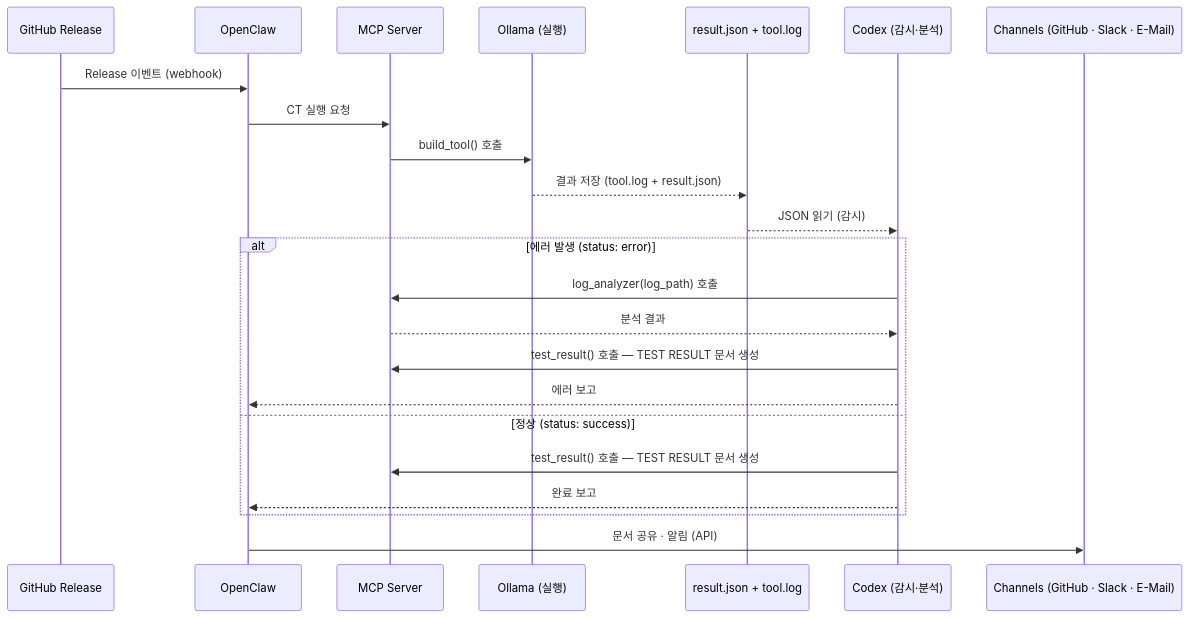
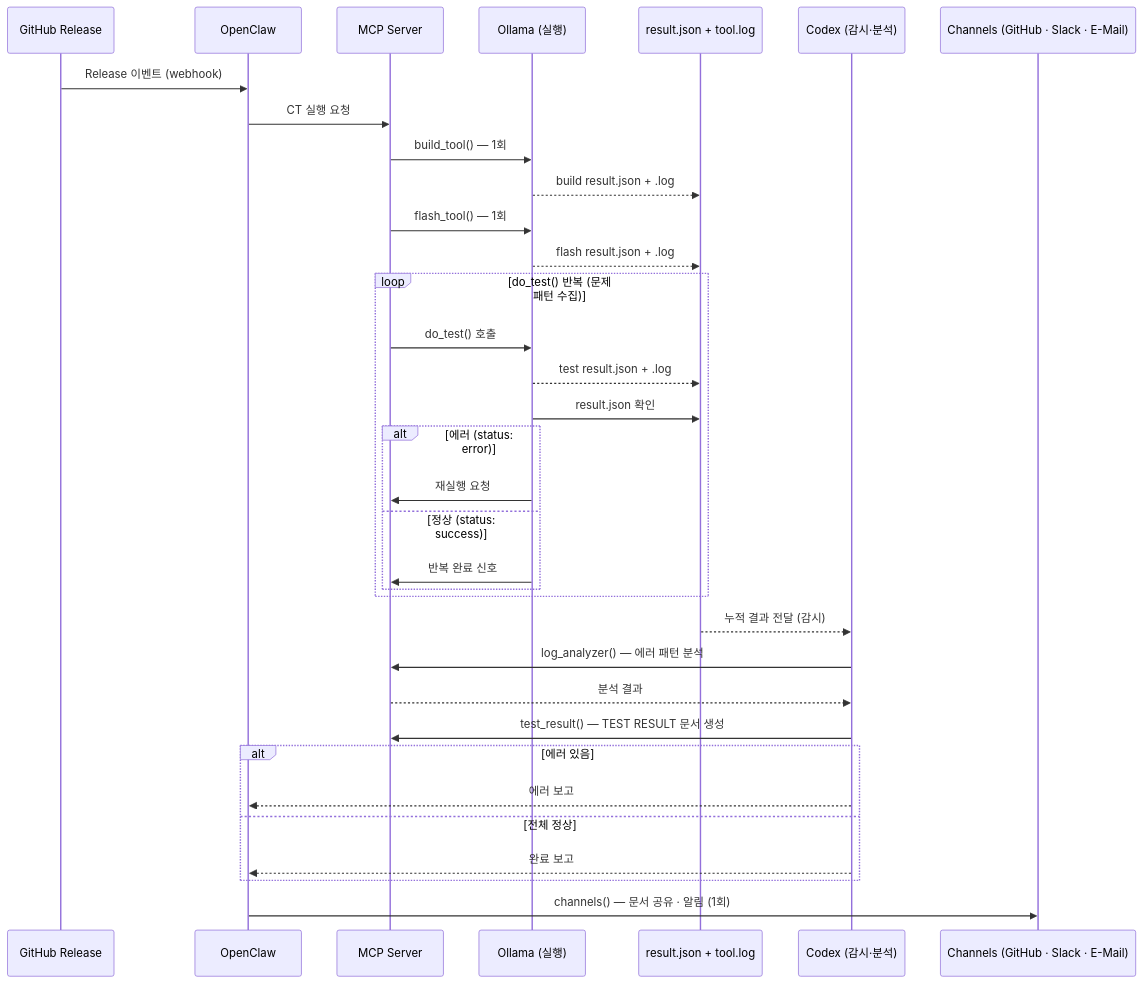
The first of 2 diagrams in docs/mcp/mcp_server.md (JeonghunLee/local-ai-agent-mcp), drawn with Mermaid before and after one commit. The commit also changed other lines of this file and 2 other files, not shown here.

````diff
--- a/docs/mcp/mcp_server.md
+++ b/docs/mcp/mcp_server.md
@@ -53,26 +58,37 @@
 ```mermaid
 sequenceDiagram
     participant GH as GitHub Release
     participant OC as OpenClaw
     participant M as MCP Server
     participant OL as Ollama (실행)
     participant J as result.json + tool.log
     participant CX as Codex (감시·분석)
     participant CH as Channels (GitHub · Slack · E-Mail)
 
     GH->>OC: Release 이벤트 (webhook)
     OC->>M: CT 실행 요청
-    M->>OL: build_tool() 호출
-    OL-->>J: 결과 저장 (tool.log + result.json)
-    J-->>CX: JSON 읽기 (감시)
-    alt 에러 발생 (status: error)
-        CX->>M: log_analyzer(log_path) 호출
-        M-->>CX: 분석 결과
-        CX->>M: test_result() 호출 — TEST RESULT 문서 생성
+    M->>OL: build_tool() — 1회
+    OL-->>J: build result.json + .log
+    M->>OL: flash_tool() — 1회
+    OL-->>J: flash result.json + .log
+    loop do_test() 반복 (문제 패턴 수집)
+        M->>OL: do_test() 호출
+        OL-->>J: test result.json + .log
+        OL->>J: result.json 확인
+        alt 에러 (status: error)
+            OL->>M: 재실행 요청
+        else 정상 (status: success)
+            OL->>M: 반복 완료 신호
+        end
+    end
+    J-->>CX: 누적 결과 전달 (감시)
+    CX->>M: log_analyzer() — 에러 패턴 분석
+    M-->>CX: 분석 결과
+    CX->>M: test_result() — TEST RESULT 문서 생성
+    alt 에러 있음
         CX-->>OC: 에러 보고
-    else 정상 (status: success)
-        CX->>M: test_result() 호출 — TEST RESULT 문서 생성
+    else 전체 정상
         CX-->>OC: 완료 보고
     end
-    OC->>CH: 문서 공유 · 알림 (API)
+    OC->>CH: channels() — 문서 공유 · 알림 (1회)
 ```
````
